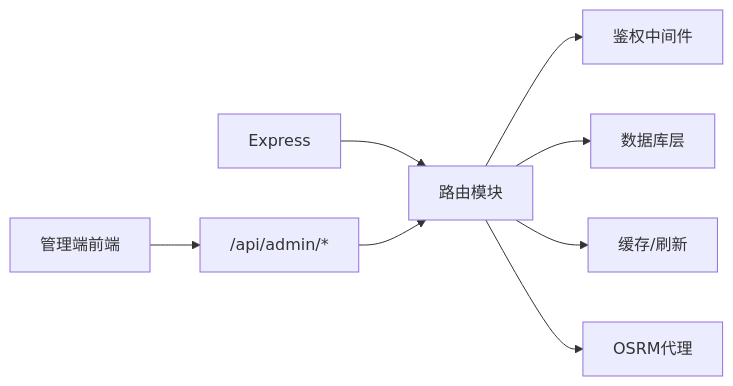
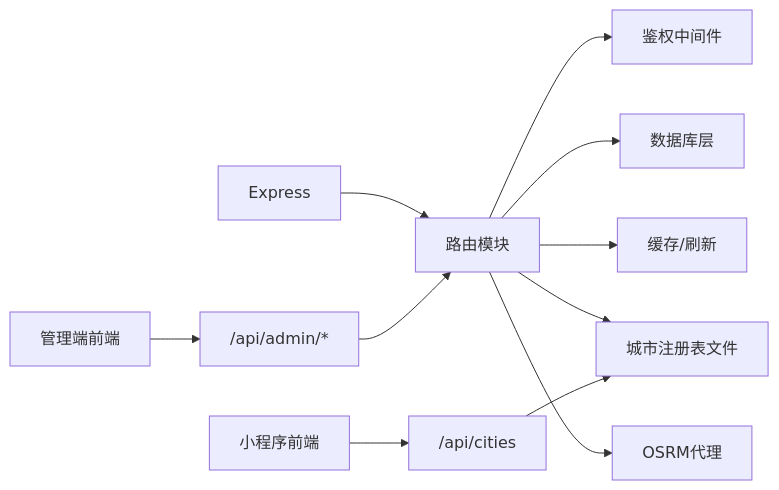
The sixth of 6 diagrams in .qoder/repowiki/zh/content/API参考文档/API参考文档.md (ititjjy/AITrip-plan), drawn with Mermaid before and after one commit. The commit also changed other lines of this file and 144 other files, not shown here.

````diff
--- a/.qoder/repowiki/zh/content/API参考文档/API参考文档.md
+++ b/.qoder/repowiki/zh/content/API参考文档/API参考文档.md
@@ -309,10 +358,13 @@
 ```mermaid
 graph LR
 Express["Express"] --> Routes["路由模块"]
 Routes --> Auth["鉴权中间件"]
 Routes --> DBLayer["数据库层"]
 Routes --> Cache["缓存/刷新"]
+Routes --> CityFile["城市注册表文件"]
 Routes --> OSRM["OSRM代理"]
 AdminFE["管理端前端"] --> AdminAPI["/api/admin/*"]
+MiniProgram["小程序前端"] --> CityAPI["/api/cities"]
 AdminAPI --> Routes
+CityAPI --> CityFile
 ```
````
